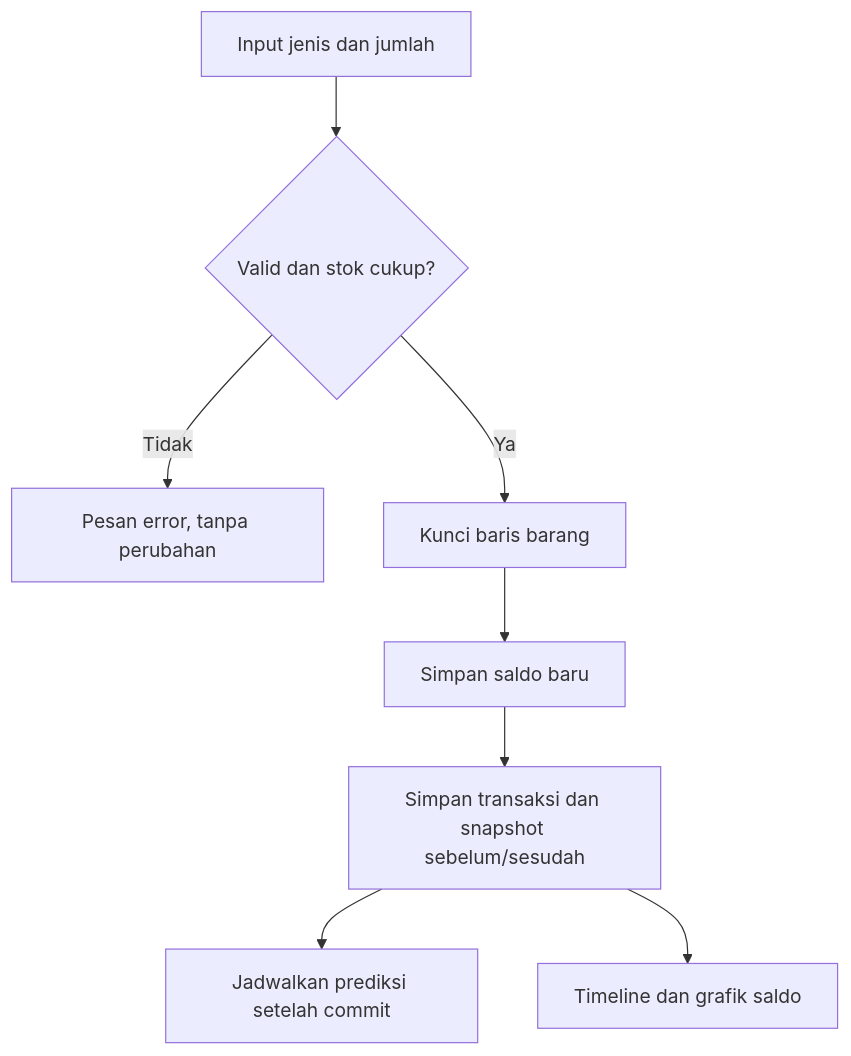
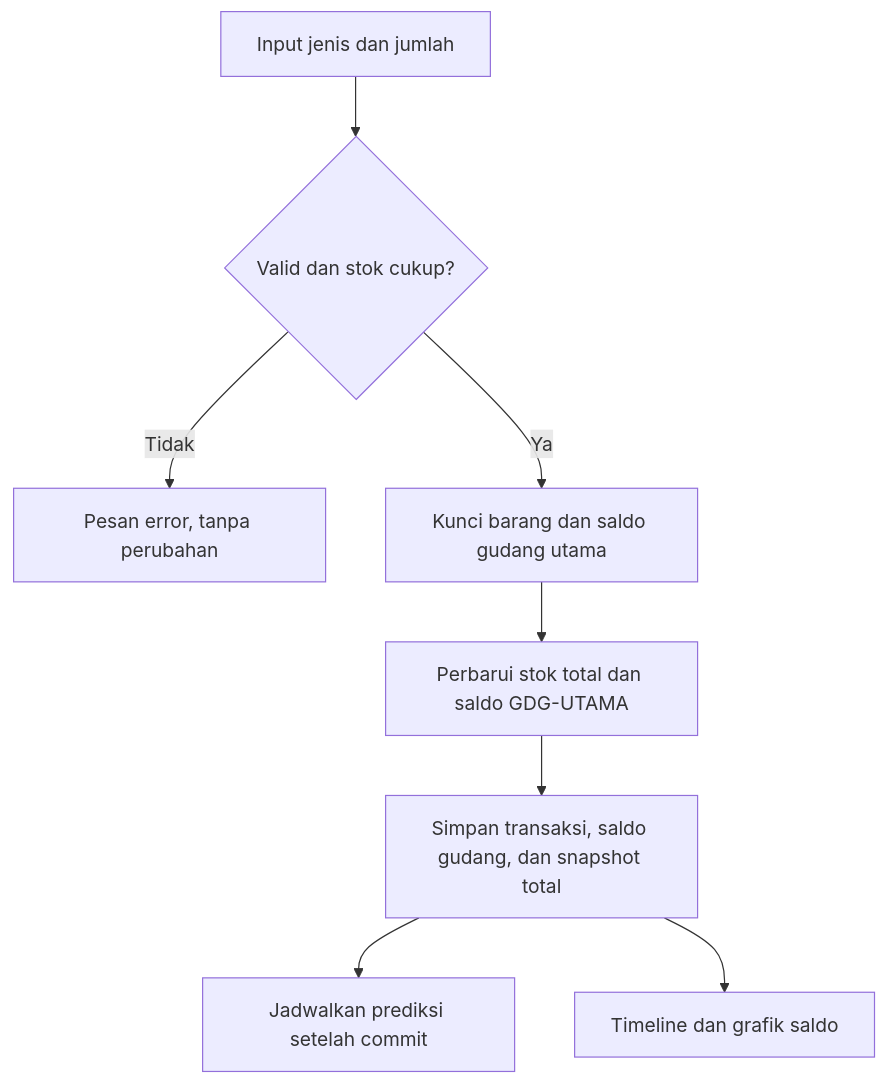
One commit to raisazahra14/belajar-laravel-bcs changed the second of 4 diagrams in docs/PETA_KONSEP_LOGISTIKKU.md. Above: the diagram before and after it, drawn with Mermaid. The commit also changed other lines of this file and 10 other files, not shown here.

````diff
--- a/docs/PETA_KONSEP_LOGISTIKKU.md
+++ b/docs/PETA_KONSEP_LOGISTIKKU.md
@@ -56,10 +56,10 @@
 ```mermaid
 flowchart TD
     F[Input jenis dan jumlah] --> V{Valid dan stok cukup?}
     V -- Tidak --> E[Pesan error, tanpa perubahan]
-    V -- Ya --> L[Kunci baris barang]
-    L --> B[Simpan saldo baru]
-    B --> T[Simpan transaksi dan snapshot sebelum/sesudah]
+    V -- Ya --> L[Kunci barang dan saldo gudang utama]
+    L --> B[Perbarui stok total dan saldo GDG-UTAMA]
+    B --> T[Simpan transaksi, saldo gudang, dan snapshot total]
     T --> P[Jadwalkan prediksi setelah commit]
     T --> H[Timeline dan grafik saldo]
 ```
````
